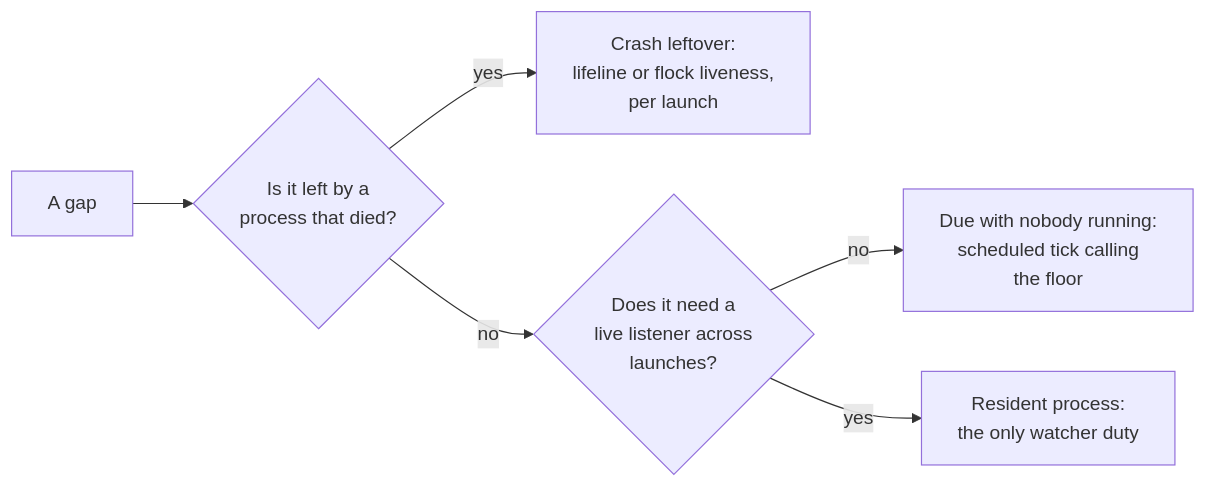
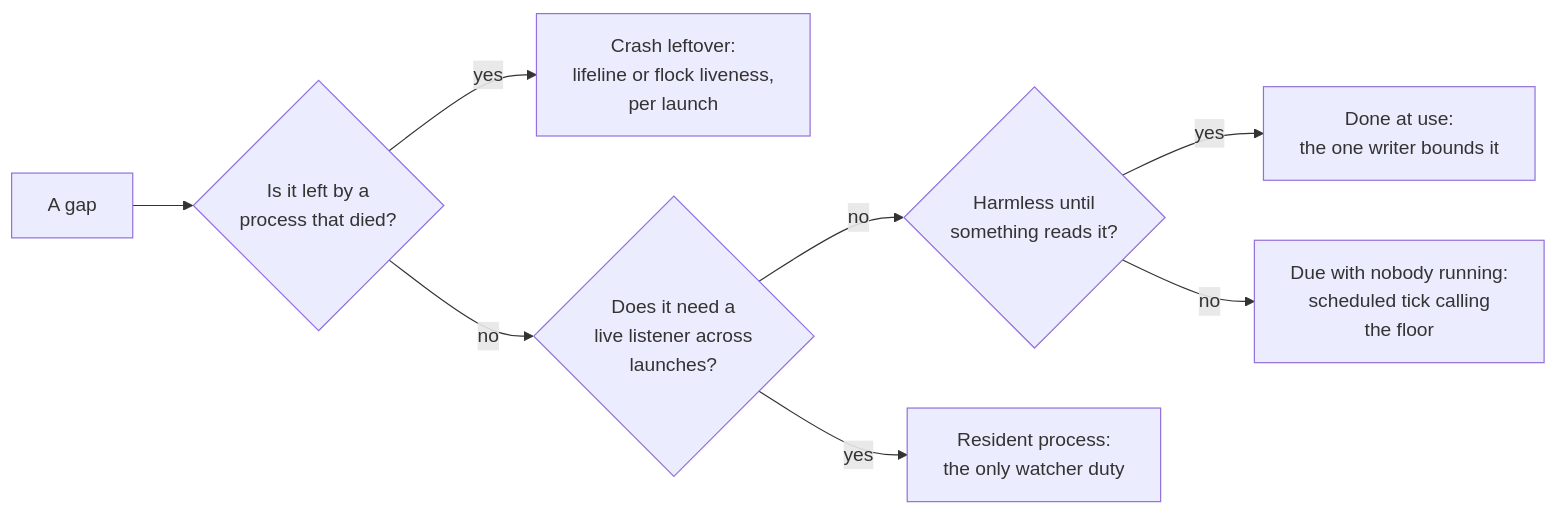
One commit to mschulkind-oss/yolo-jail changed the diagram in docs/research/central-yolo-watcher.md. Above: the diagram before and after it, drawn with Mermaid. The commit also changed other lines of this file and 1 other file, not shown here.

````diff
--- a/docs/research/central-yolo-watcher.md
+++ b/docs/research/central-yolo-watcher.md
@@ -218,8 +250,10 @@
 ```mermaid
 flowchart LR
     G[A gap] --> K1{Is it left by a<br/>process that died?}
     K1 -- yes --> A[Crash leftover:<br/>lifeline or flock liveness,<br/>per launch]
     K1 -- no --> K2{Does it need a<br/>live listener across<br/>launches?}
-    K2 -- no --> B[Due with nobody running:<br/>scheduled tick calling<br/>the floor]
+    K2 -- no --> K3{Harmless until<br/>something reads it?}
+    K3 -- yes --> D[Done at use:<br/>the one writer bounds it]
+    K3 -- no --> B[Due with nobody running:<br/>scheduled tick calling<br/>the floor]
     K2 -- yes --> C[Resident process:<br/>the only watcher duty]
 ```
````
